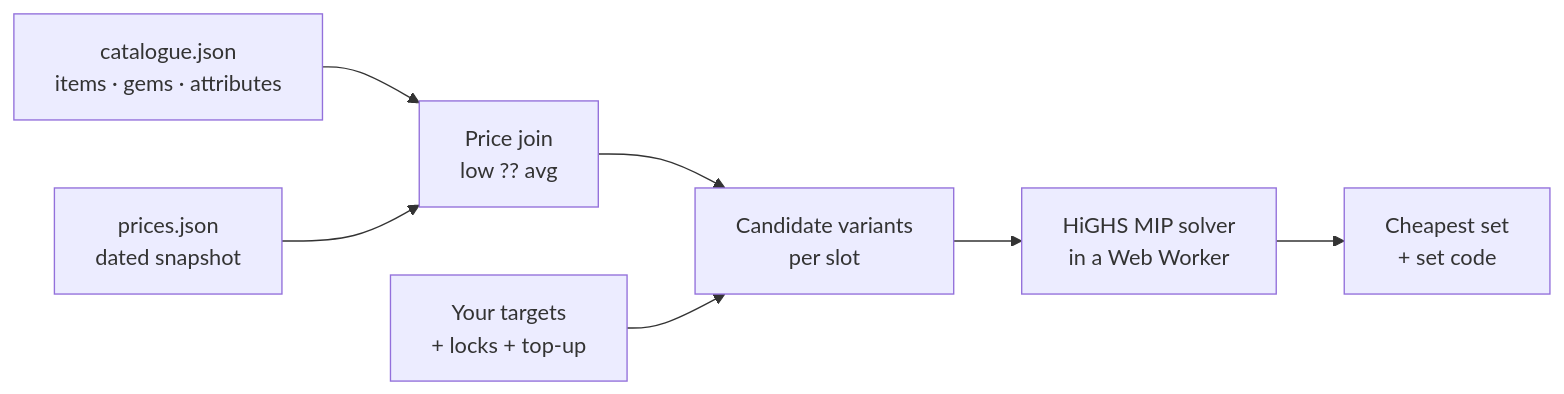
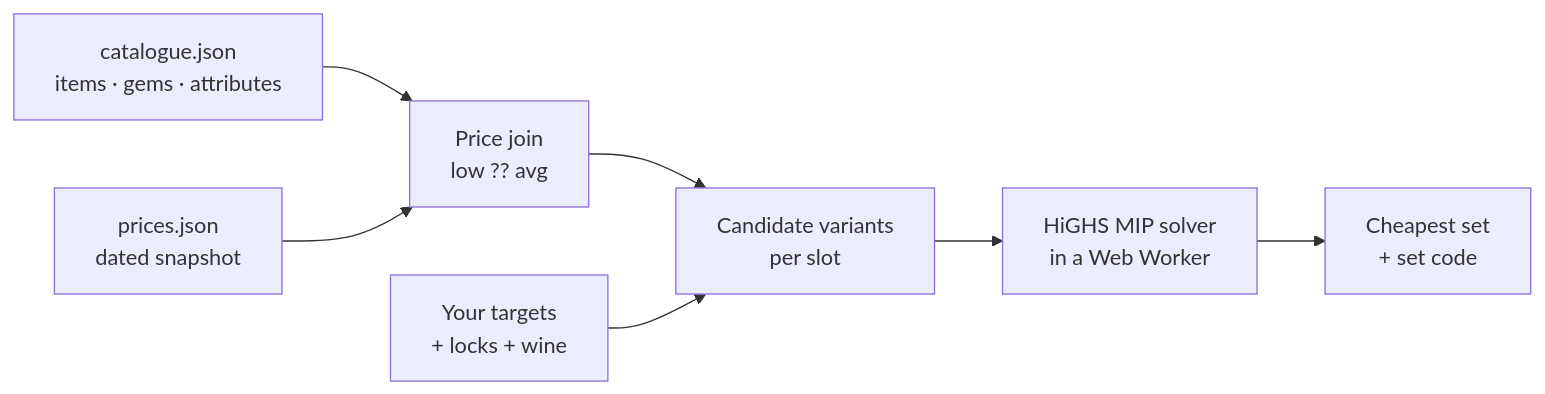
Before and after one commit to mvscottdev/mistfall-builder: the diagram in README.md, drawn with Mermaid. The commit also changed other lines of this file and 9 other files, not shown here.

First line of the commit message:
Name Top-up wine in the UI; count wine in the level cap and the levels line

````diff
--- a/README.md
+++ b/README.md
@@ -42,9 +42,9 @@
 ```mermaid
 flowchart LR
     A[catalogue.json<br/>items · gems · attributes] --> C[Price join<br/>low ?? avg]
     B[prices.json<br/>dated snapshot] --> C
     C --> D[Candidate variants<br/>per slot]
-    U[Your targets<br/>+ locks + top-up] --> D
+    U[Your targets<br/>+ locks + wine] --> D
     D --> E[HiGHS MIP solver<br/>in a Web Worker]
     E --> F[Cheapest set<br/>+ set code]
 ```
````
